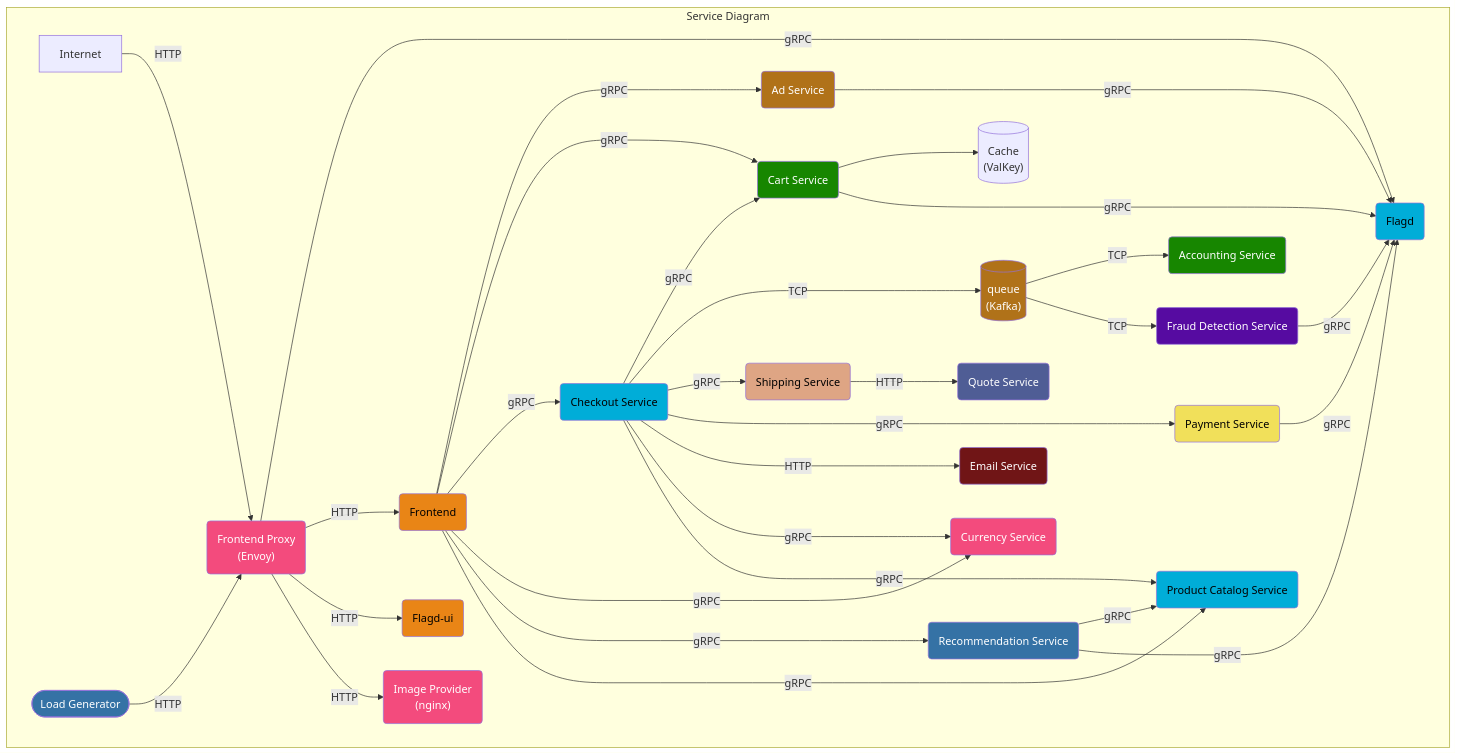
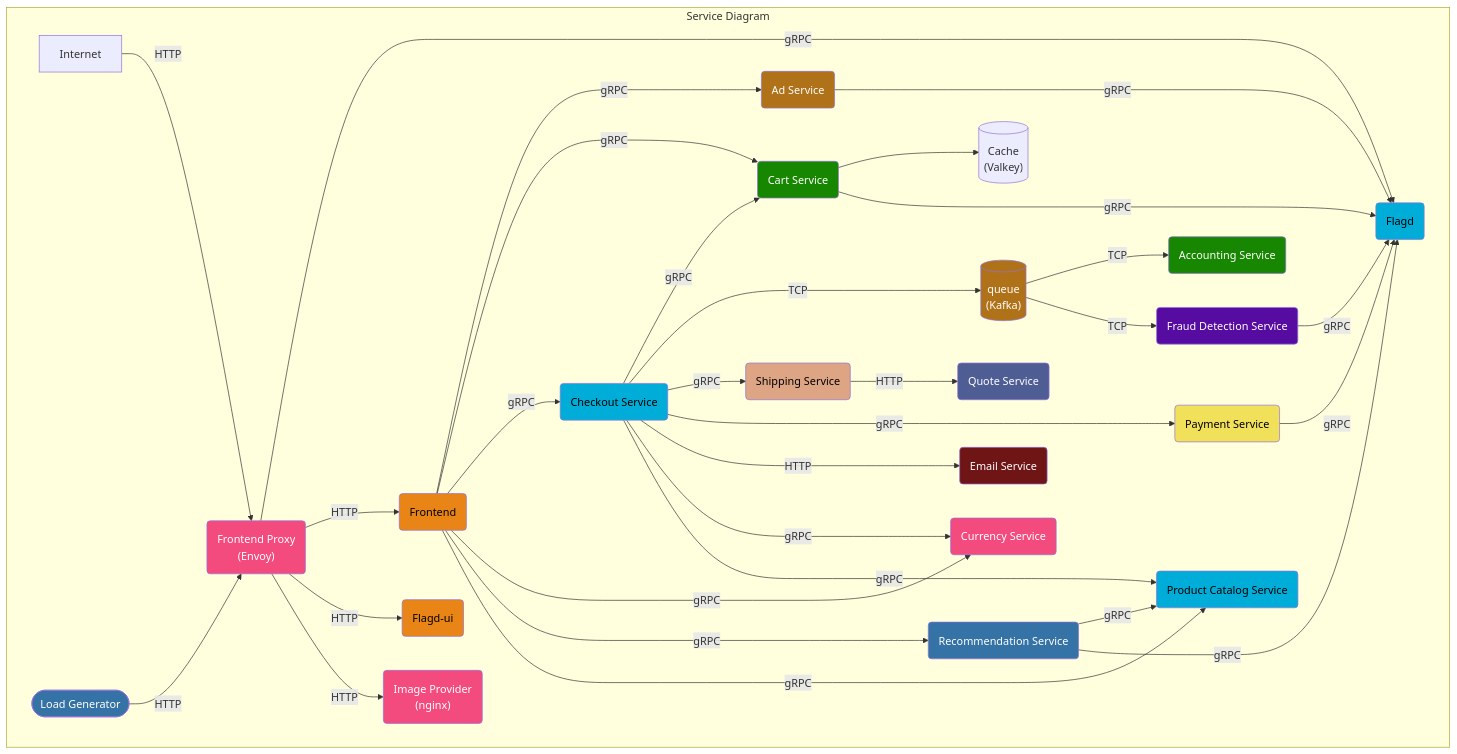
Before and after one commit to open-telemetry/opentelemetry.io: the first of 3 diagrams in content/en/docs/demo/architecture.md, drawn with Mermaid.

````diff
--- a/content/en/docs/demo/architecture.md
+++ b/content/en/docs/demo/architecture.md
@@ -12,78 +12,78 @@
 ```mermaid
 graph TD
 subgraph Service Diagram
 accountingservice(Accounting Service):::dotnet
 adservice(Ad Service):::java
-cache[(Cache<br/>&#40ValKey&#41)]
+cache[(Cache<br/>&#40Valkey&#41)]
 cartservice(Cart Service):::dotnet
 checkoutservice(Checkout Service):::golang
 currencyservice(Currency Service):::cpp
 emailservice(Email Service):::ruby
 flagd(Flagd):::golang
 flagdui(Flagd-ui):::typescript
 frauddetectionservice(Fraud Detection Service):::kotlin
 frontend(Frontend):::typescript
 frontendproxy(Frontend Proxy <br/>&#40Envoy&#41):::cpp
 imageprovider(Image Provider <br/>&#40nginx&#41):::cpp
 loadgenerator([Load Generator]):::python
 paymentservice(Payment Service):::javascript
 productcatalogservice(Product Catalog Service):::golang
 quoteservice(Quote Service):::php
 recommendationservice(Recommendation Service):::python
 shippingservice(Shipping Service):::rust
 queue[(queue<br/>&#40Kafka&#41)]:::java
 
 adservice ---->|gRPC| flagd
 
 checkoutservice -->|gRPC| cartservice
 checkoutservice --->|TCP| queue
 cartservice --> cache
 cartservice -->|gRPC| flagd
 
 checkoutservice -->|gRPC| shippingservice
 checkoutservice -->|gRPC| paymentservice
 checkoutservice --->|HTTP| emailservice
 checkoutservice -->|gRPC| currencyservice
 checkoutservice -->|gRPC| productcatalogservice
 
 frauddetectionservice -->|gRPC| flagd
 
 frontend -->|gRPC| adservice
 frontend -->|gRPC| cartservice
 frontend -->|gRPC| checkoutservice
 frontend ---->|gRPC| currencyservice
 frontend ---->|gRPC| recommendationservice
 frontend -->|gRPC| productcatalogservice
 
 frontendproxy -->|gRPC| flagd
 frontendproxy -->|HTTP| frontend
 frontendproxy -->|HTTP| flagdui
 frontendproxy -->|HTTP| imageprovider
 
 Internet -->|HTTP| frontendproxy
 
 loadgenerator -->|HTTP| frontendproxy
 
 paymentservice -->|gRPC| flagd
 
 queue -->|TCP| accountingservice
 queue -->|TCP| frauddetectionservice
 
 recommendationservice -->|gRPC| productcatalogservice
 recommendationservice -->|gRPC| flagd
 
 shippingservice -->|HTTP| quoteservice
 end
 
 classDef dotnet fill:#178600,color:white;
 classDef cpp fill:#f34b7d,color:white;
 classDef golang fill:#00add8,color:black;
 classDef java fill:#b07219,color:white;
 classDef javascript fill:#f1e05a,color:black;
 classDef kotlin fill:#560ba1,color:white;
 classDef php fill:#4f5d95,color:white;
 classDef python fill:#3572A5,color:white;
 classDef ruby fill:#701516,color:white;
 classDef rust fill:#dea584,color:black;
 classDef typescript fill:#e98516,color:black;
 ```
````
